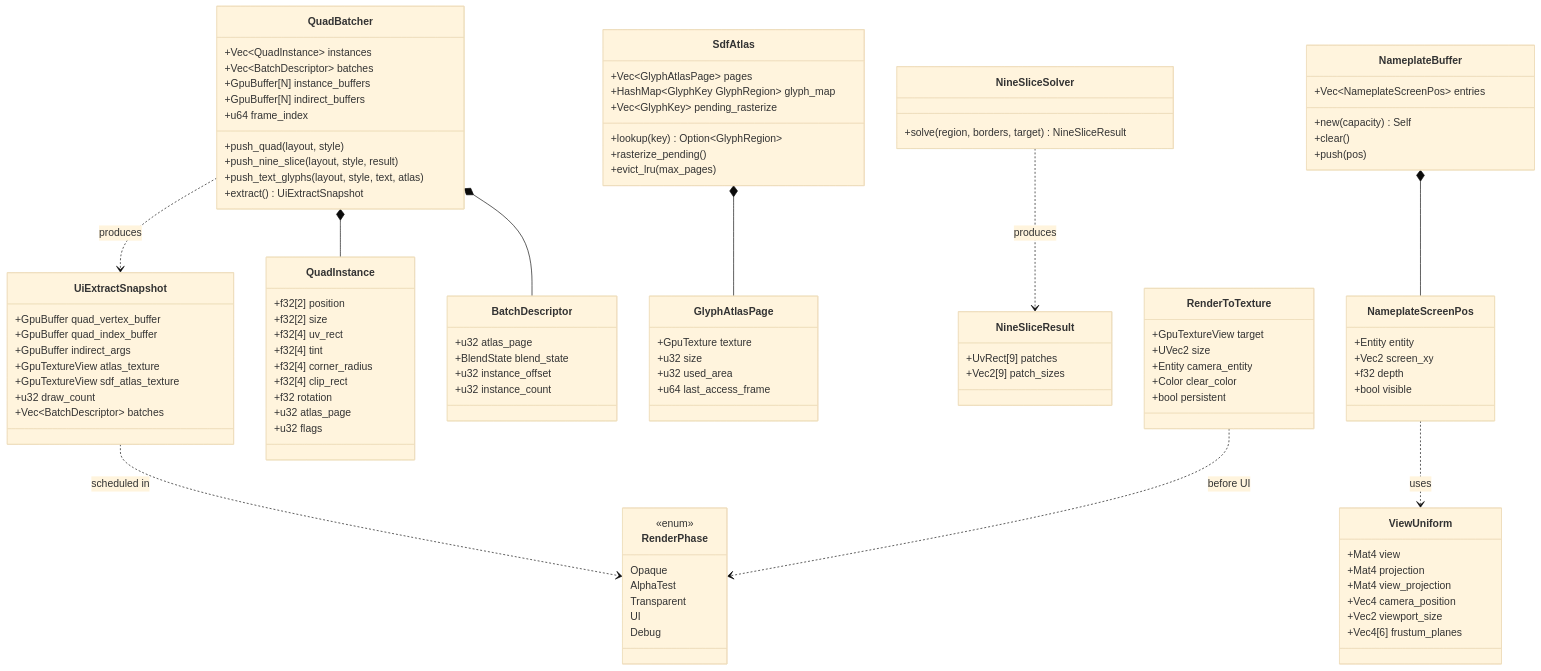
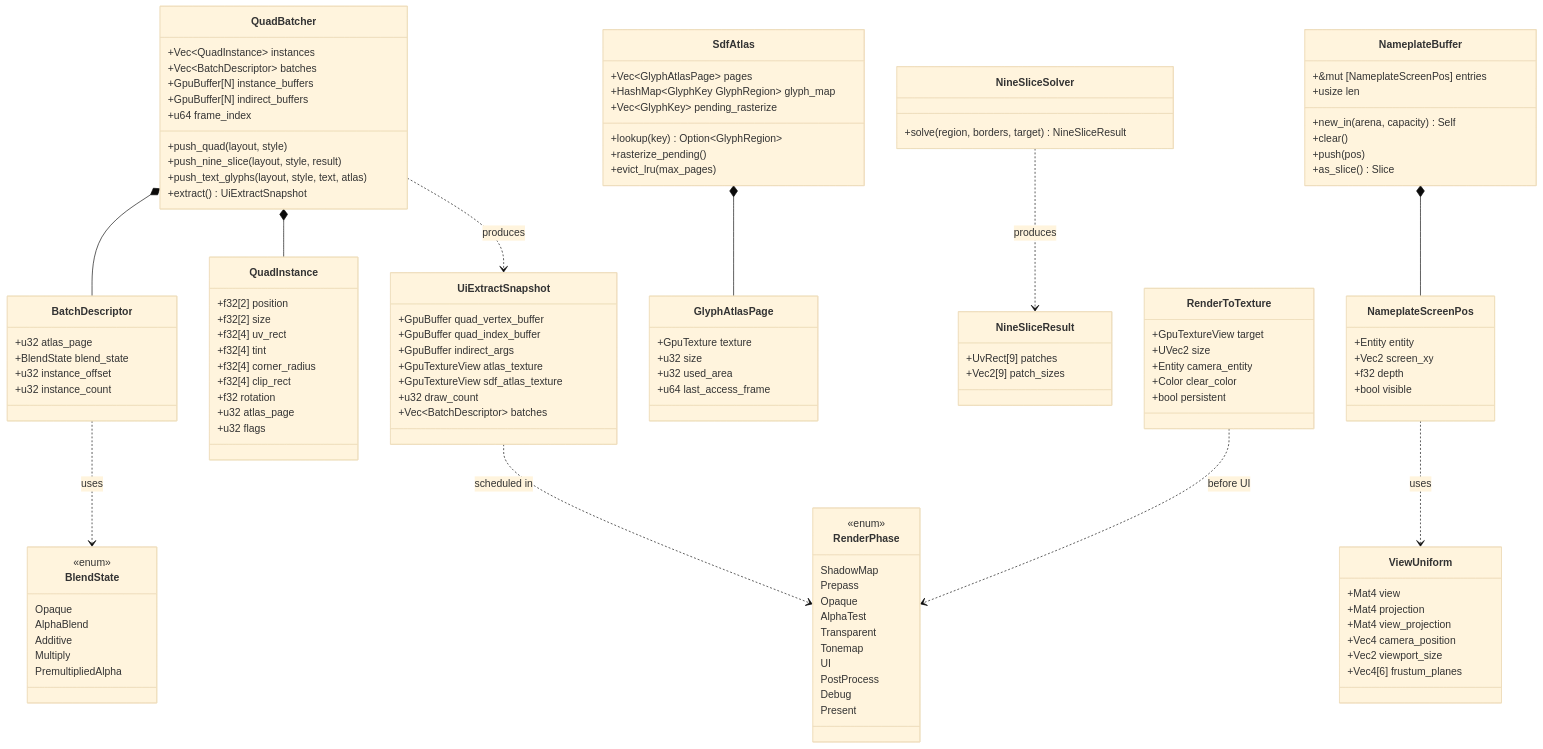
Before and after one commit to harmonius-dev/harmonius: the first of 2 diagrams in docs/design/integration/rendering-ui.md, drawn with Mermaid (base theme). The commit also changed other lines of this file and 109 other files, not shown here.

```diff
--- a/docs/design/integration/rendering-ui.md
+++ b/docs/design/integration/rendering-ui.md
@@ -316,19 +435,35 @@
     }
 
     class NameplateBuffer {
-        +Vec~NameplateScreenPos~ entries
-        +new(capacity) Self
+        +&mut [NameplateScreenPos] entries
+        +usize len
+        +new_in(arena, capacity) Self
         +clear()
         +push(pos)
+        +as_slice() Slice
     }
 
     class RenderPhase {
         <<enum>>
+        ShadowMap
+        Prepass
         Opaque
         AlphaTest
         Transparent
+        Tonemap
         UI
+        PostProcess
         Debug
+        Present
+    }
+
+    class BlendState {
+        <<enum>>
+        Opaque
+        AlphaBlend
+        Additive
+        Multiply
+        PremultipliedAlpha
     }
 
     class ViewUniform {
@@ -343,6 +478,7 @@
     QuadBatcher *-- QuadInstance
     QuadBatcher *-- BatchDescriptor
     QuadBatcher ..> UiExtractSnapshot : produces
+    BatchDescriptor ..> BlendState : uses
     SdfAtlas *-- GlyphAtlasPage
     NineSliceSolver ..> NineSliceResult : produces
     NameplateBuffer *-- NameplateScreenPos
```
